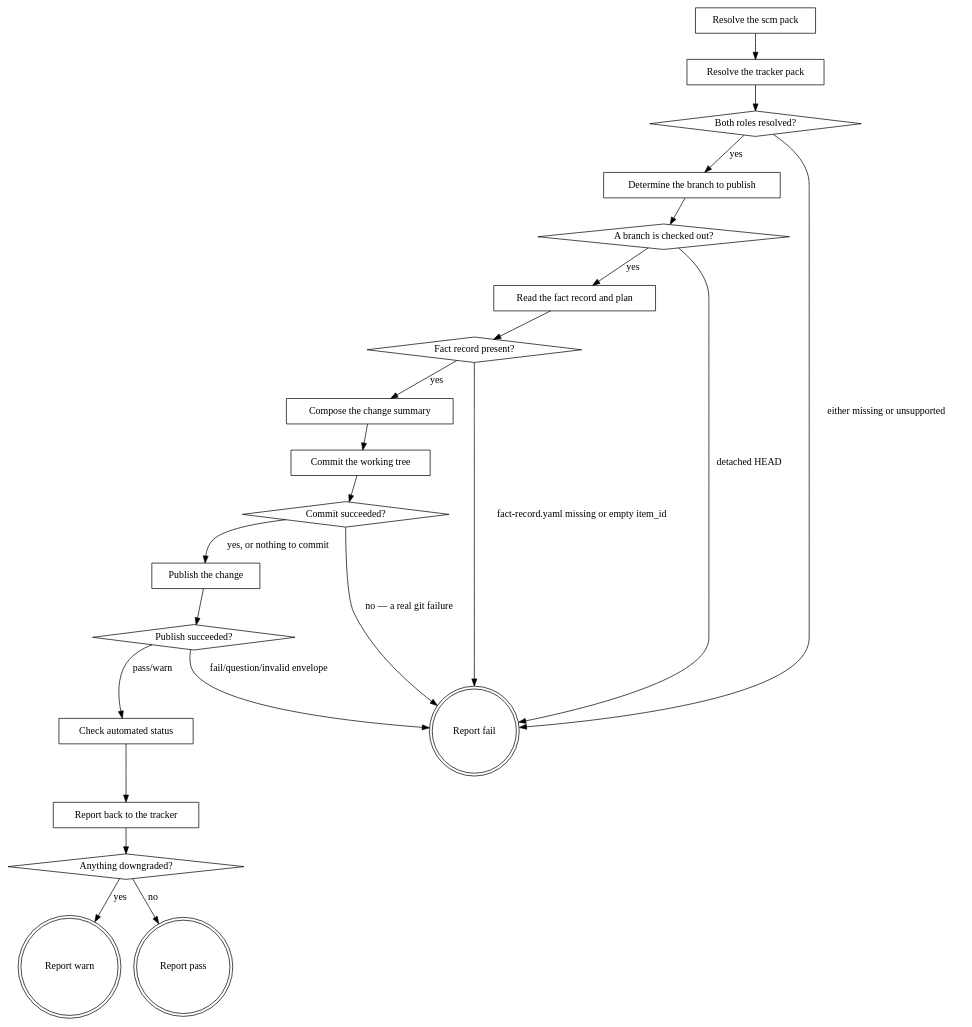
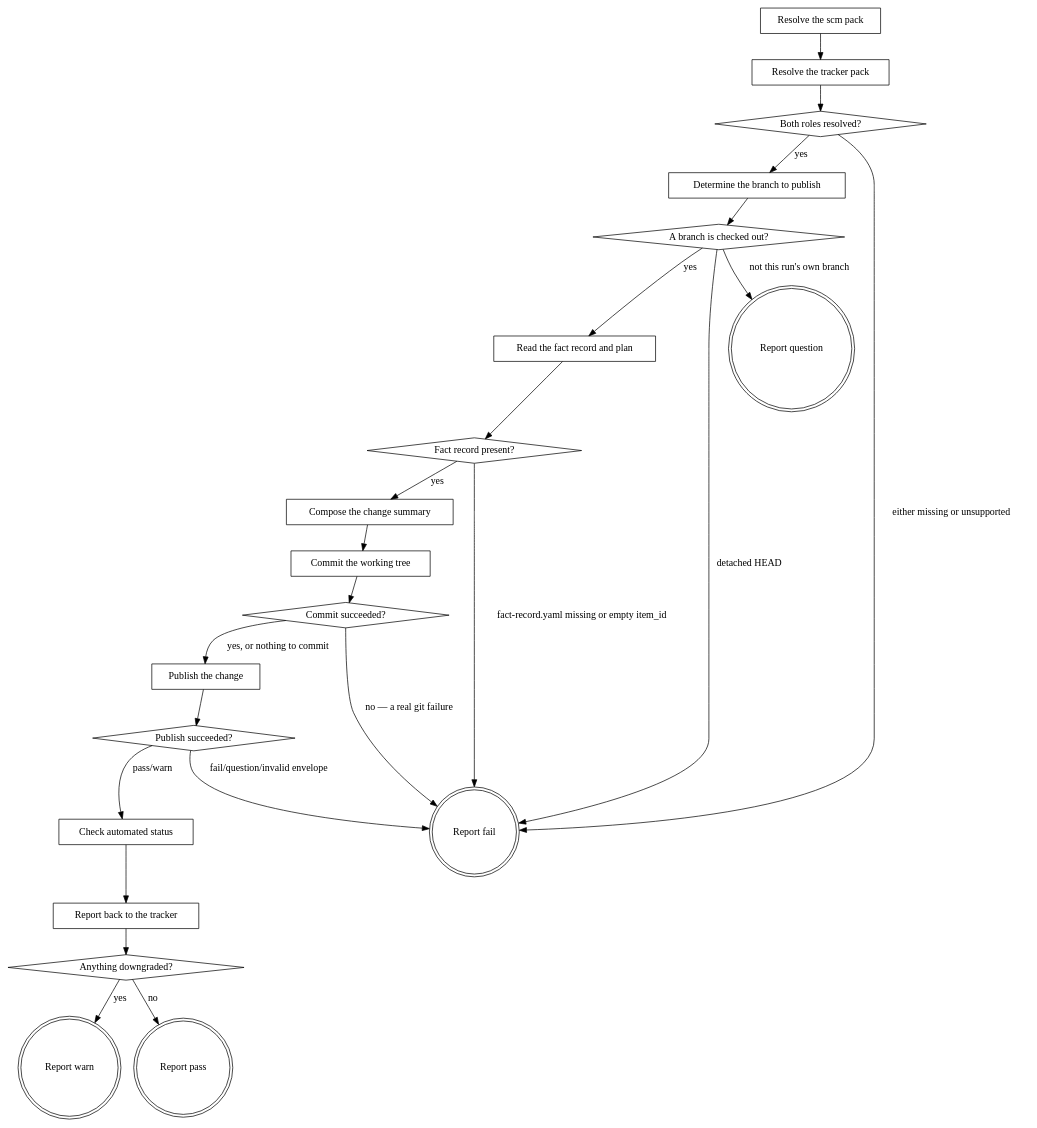
One commit to agenticDraft/aem-eds-ai-workflow-demo changed the diagram in plugins/eds/skills/eds-deliver/SKILL.md. Above: the diagram before and after it, drawn with Graphviz. The commit also changed other lines of this file, not shown here.

````diff
--- a/plugins/eds/skills/eds-deliver/SKILL.md
+++ b/plugins/eds/skills/eds-deliver/SKILL.md
@@ -44,44 +44,46 @@
 ```dot
 digraph eds_deliver {
     "Resolve the scm pack" [shape=box];
     "Resolve the tracker pack" [shape=box];
     "Both roles resolved?" [shape=diamond];
     "Determine the branch to publish" [shape=box];
     "A branch is checked out?" [shape=diamond];
     "Read the fact record and plan" [shape=box];
     "Fact record present?" [shape=diamond];
     "Compose the change summary" [shape=box];
     "Commit the working tree" [shape=box];
     "Commit succeeded?" [shape=diamond];
     "Publish the change" [shape=box];
     "Publish succeeded?" [shape=diamond];
     "Check automated status" [shape=box];
     "Report back to the tracker" [shape=box];
     "Anything downgraded?" [shape=diamond];
     "Report fail" [shape=doublecircle];
+    "Report question" [shape=doublecircle];
     "Report warn" [shape=doublecircle];
     "Report pass" [shape=doublecircle];
 
     "Resolve the scm pack" -> "Resolve the tracker pack";
     "Resolve the tracker pack" -> "Both roles resolved?";
     "Both roles resolved?" -> "Determine the branch to publish" [label="yes"];
     "Both roles resolved?" -> "Report fail" [label="either missing or unsupported"];
     "Determine the branch to publish" -> "A branch is checked out?";
     "A branch is checked out?" -> "Read the fact record and plan" [label="yes"];
     "A branch is checked out?" -> "Report fail" [label="detached HEAD"];
+    "A branch is checked out?" -> "Report question" [label="not this run's own branch"];
     "Read the fact record and plan" -> "Fact record present?";
     "Fact record present?" -> "Compose the change summary" [label="yes"];
     "Fact record present?" -> "Report fail" [label="fact-record.yaml missing or empty item_id"];
     "Compose the change summary" -> "Commit the working tree";
     "Commit the working tree" -> "Commit succeeded?";
     "Commit succeeded?" -> "Publish the change" [label="yes, or nothing to commit"];
     "Commit succeeded?" -> "Report fail" [label="no — a real git failure"];
     "Publish the change" -> "Publish succeeded?";
     "Publish succeeded?" -> "Check automated status" [label="pass/warn"];
     "Publish succeeded?" -> "Report fail" [label="fail/question/invalid envelope"];
     "Check automated status" -> "Report back to the tracker";
     "Report back to the tracker" -> "Anything downgraded?";
     "Anything downgraded?" -> "Report warn" [label="yes"];
     "Anything downgraded?" -> "Report pass" [label="no"];
 }
 ```
````
